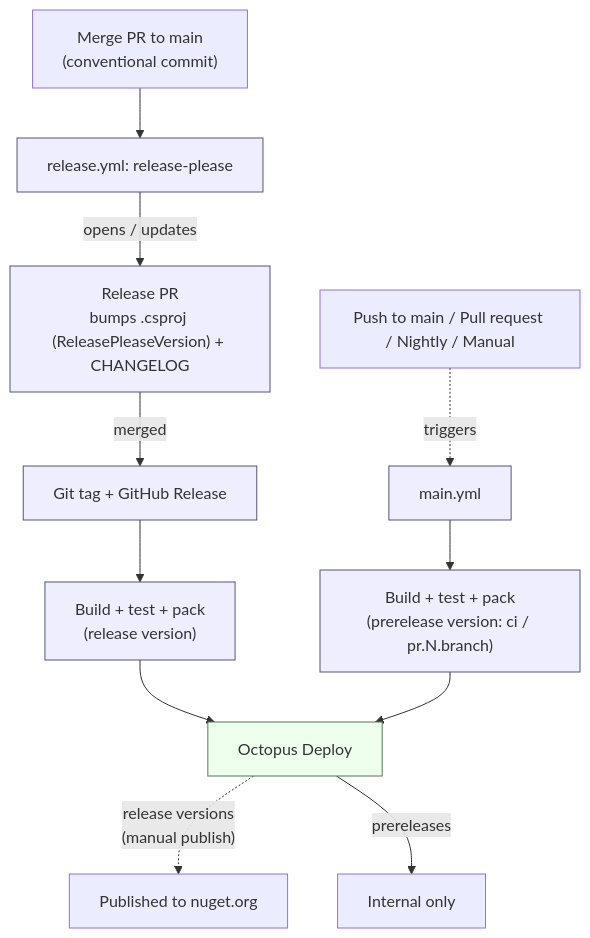
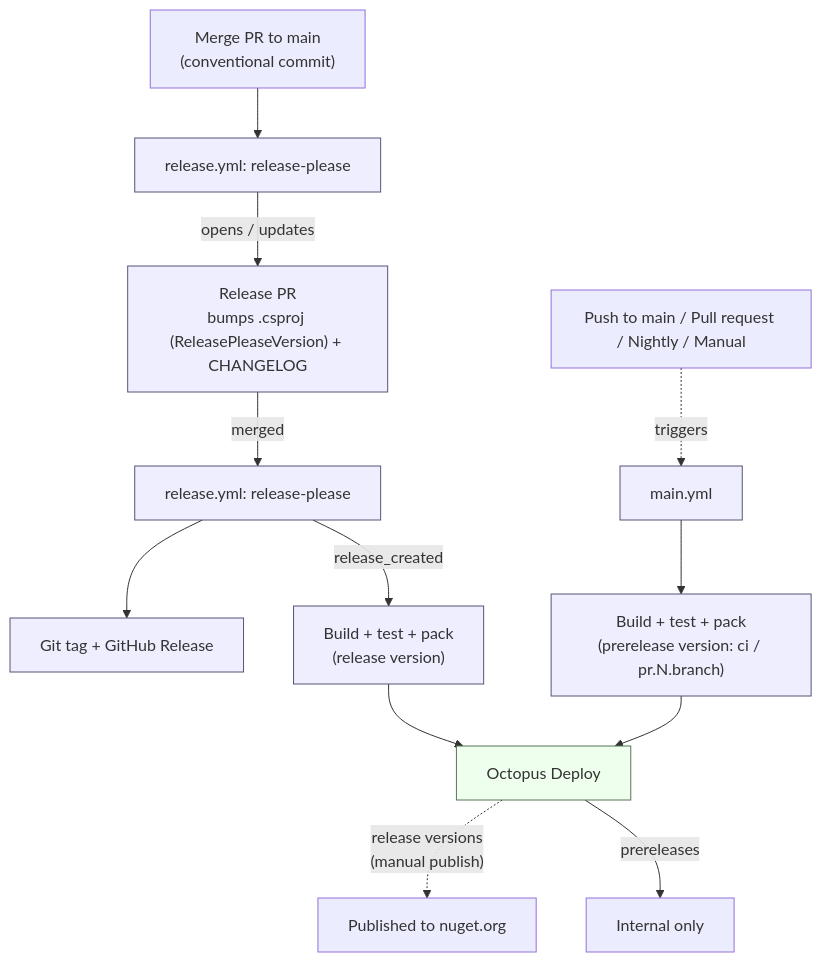
The diagram in RELEASING.md (OctopusDeploy/openfeature-provider-dotnet), drawn with Mermaid before and after one commit.

Commit message:
Another diagram tweak

````diff
--- a/RELEASING.md
+++ b/RELEASING.md
@@ -7,24 +7,24 @@
 ```mermaid
 flowchart TD
     PR["Merge PR to main<br/>(conventional commit)"]
     TRIG["Push to main / Pull request / Nightly / Manual"]
 
     PR --> RP["release.yml: release-please"]
     TRIG -. "triggers" .-> CI["main.yml"]
 
     RP -->|"opens / updates"| RPR["Release PR<br/>bumps .csproj (ReleasePleaseVersion) + CHANGELOG"]
-    RPR -->|"merged"| TAG["Git tag + GitHub Release"]
-
-    TAG --> ACTR["Build + test + pack<br/>(release version)"]
+    RPR -->|"merged"| RP2["release.yml: release-please"]
+    RP2 --> TAG["Git tag + GitHub Release"]
+    RP2 -->|"release_created"| ACTR["Build + test + pack<br/>(release version)"]
     CI --> ACTP["Build + test + pack<br/>(prerelease version: ci / pr.N.branch)"]
 
     ACTR --> OCT["Octopus Deploy"]
     ACTP --> OCT
     OCT -. "release versions<br/>(manual publish)" .-> PUB["Published to nuget.org"]
     OCT -->|"prereleases"| PRE["Internal only"]
 
     classDef gh fill:#eef,stroke:#557;
     classDef oct fill:#efe,stroke:#575;
-    class RP,RPR,TAG,CI,ACTR,ACTP gh;
+    class RP,RPR,RP2,TAG,CI,ACTR,ACTP gh;
     class OCT oct;
 ```
````
